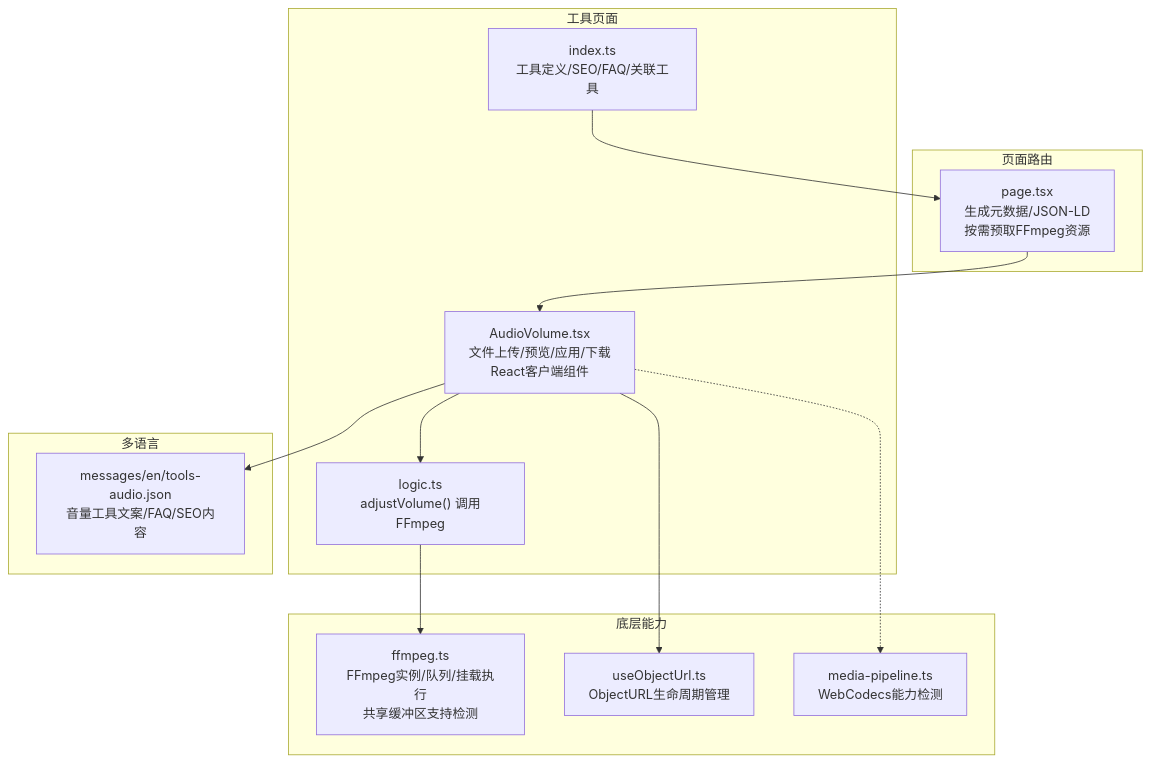
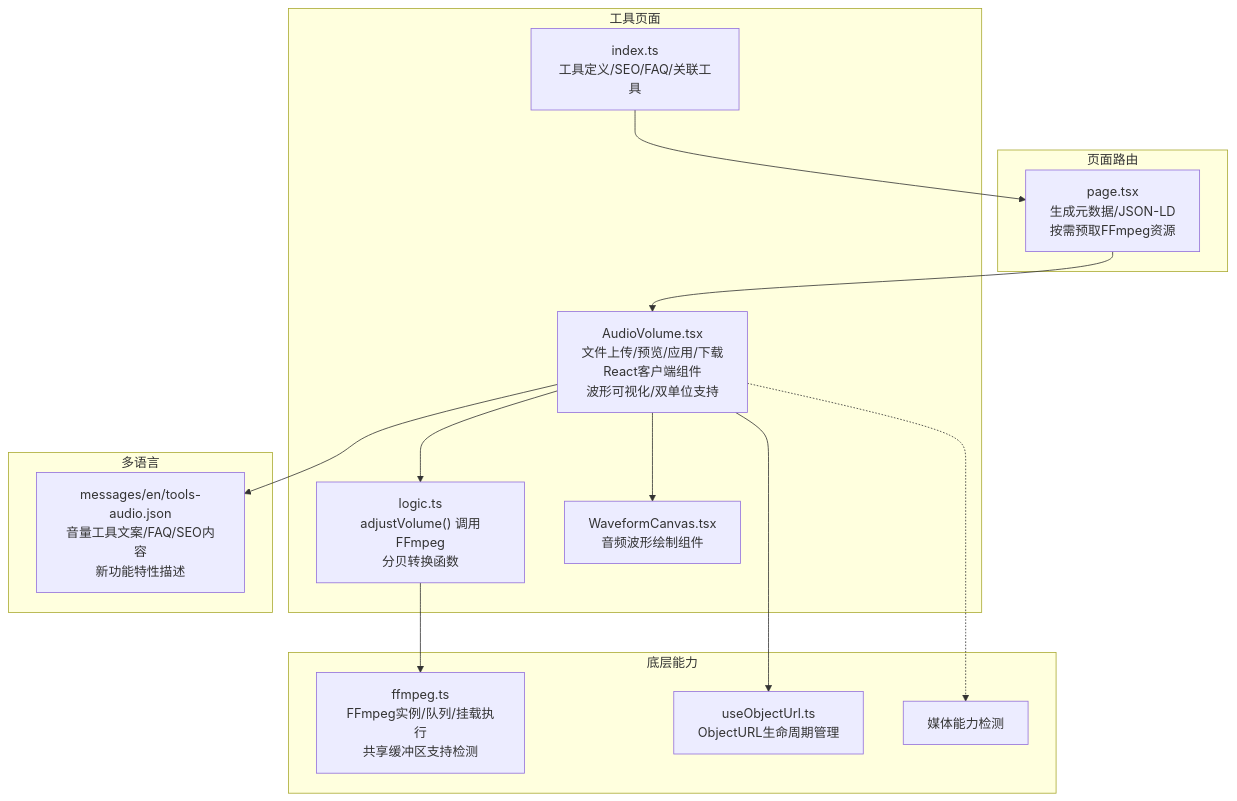
Before and after one commit to sgyy/privadeck: the first of 7 diagrams in .qoder/repowiki/zh/content/音频工具/音量调节.md, drawn with Mermaid. The commit also changed other lines of this file and 3 other files, not shown here.

````diff
--- a/.qoder/repowiki/zh/content/音频工具/音量调节.md
+++ b/.qoder/repowiki/zh/content/音频工具/音量调节.md
@@ -54,26 +61,28 @@
 ```mermaid
 graph TB
 subgraph "页面路由"
 Page["page.tsx<br/>生成元数据/JSON-LD<br/>按需预取FFmpeg资源"]
 end
 subgraph "工具页面"
-Client["AudioVolume.tsx<br/>文件上传/预览/应用/下载<br/>React客户端组件"]
-Logic["logic.ts<br/>adjustVolume() 调用FFmpeg"]
+Client["AudioVolume.tsx<br/>文件上传/预览/应用/下载<br/>React客户端组件<br/>波形可视化/双单位支持"]
+Logic["logic.ts<br/>adjustVolume() 调用FFmpeg<br/>分贝转换函数"]
 Index["index.ts<br/>工具定义/SEO/FAQ/关联工具"]
+Waveform["WaveformCanvas.tsx<br/>音频波形绘制组件"]
 end
 subgraph "底层能力"
 FFmpegLib["ffmpeg.ts<br/>FFmpeg实例/队列/挂载执行<br/>共享缓冲区支持检测"]
 ObjUrl["useObjectUrl.ts<br/>ObjectURL生命周期管理"]
-MediaPipe["media-pipeline.ts<br/>WebCodecs能力检测"]
+MediaPipe["媒体能力检测"]
 end
 subgraph "多语言"
-I18N["messages/en/tools-audio.json<br/>音量工具文案/FAQ/SEO内容"]
+I18N["messages/en/tools-audio.json<br/>音量工具文案/FAQ/SEO内容<br/>新功能特性描述"]
 end
 Page --> Client
 Client --> Logic
 Client --> ObjUrl
+Client --> Waveform
 Logic --> FFmpegLib
 Client --> I18N
 Index --> Page
 Client -.-> MediaPipe
 ```
````
